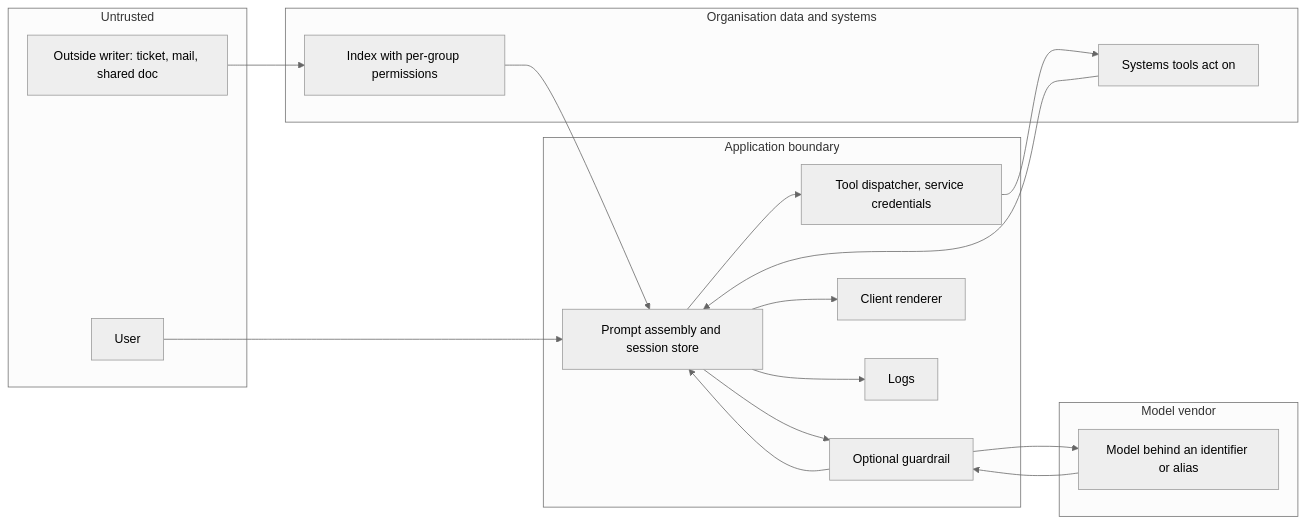
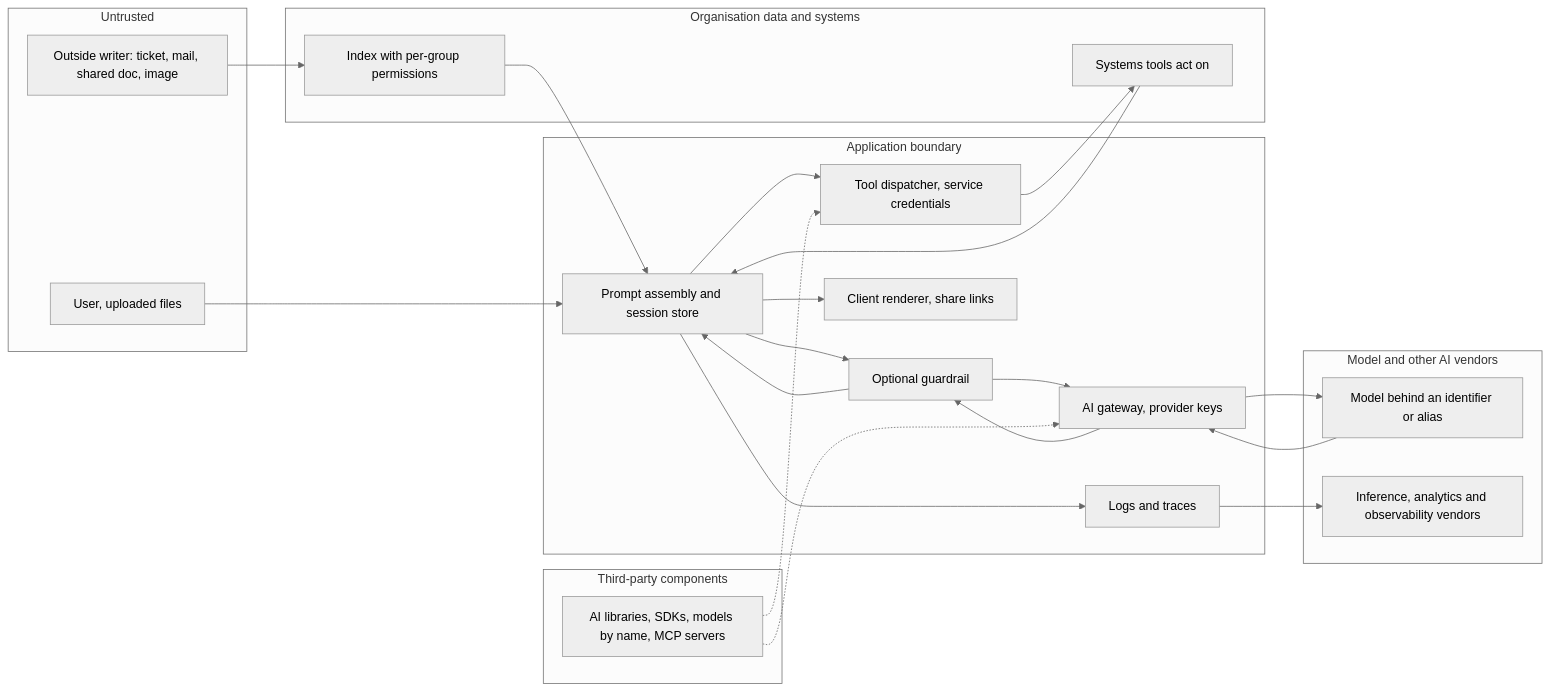
Before and after one commit to wtcooper/ai-security-evals: the diagram in threat-models/llm-application.md, drawn with Mermaid (neutral theme). The commit also changed other lines of this file and 5 other files, not shown here.

````diff
--- a/threat-models/llm-application.md
+++ b/threat-models/llm-application.md
@@ -68,27 +82,34 @@
 ```mermaid
 flowchart LR
   subgraph OUT["Untrusted"]
-    U["User"]
-    W["Outside writer: ticket, mail, shared doc"]
+    U["User, uploaded files"]
+    W["Outside writer: ticket, mail, shared doc, image"]
+  end
+  subgraph SUP["Third-party components"]
+    P["AI libraries, SDKs, models by name, MCP servers"]
   end
   subgraph APP["Application boundary"]
     A["Prompt assembly and session store"]
     G["Optional guardrail"]
+    K["AI gateway, provider keys"]
     D["Tool dispatcher, service credentials"]
-    C["Client renderer"]
-    L["Logs"]
+    C["Client renderer, share links"]
+    L["Logs and traces"]
   end
   subgraph DATA["Organisation data and systems"]
     I["Index with per-group permissions"]
     S["Systems tools act on"]
   end
-  subgraph VEND["Model vendor"]
+  subgraph VEND["Model and other AI vendors"]
     M["Model behind an identifier or alias"]
+    V["Inference, analytics and observability vendors"]
   end
   U --> A
   W --> I --> A
-  A --> G --> M --> G --> A
+  A --> G --> K --> M --> K --> G --> A
   A --> D --> S --> A
+  P -.-> K
+  P -.-> D
   A --> C
-  A --> L
+  A --> L --> V
 ```
````
